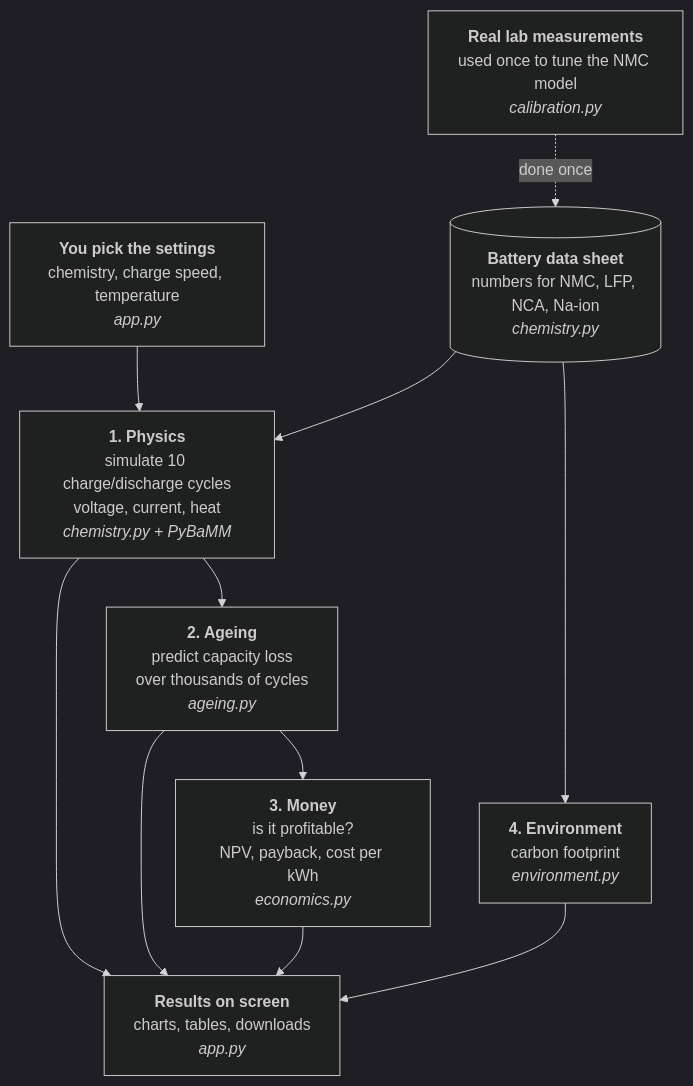
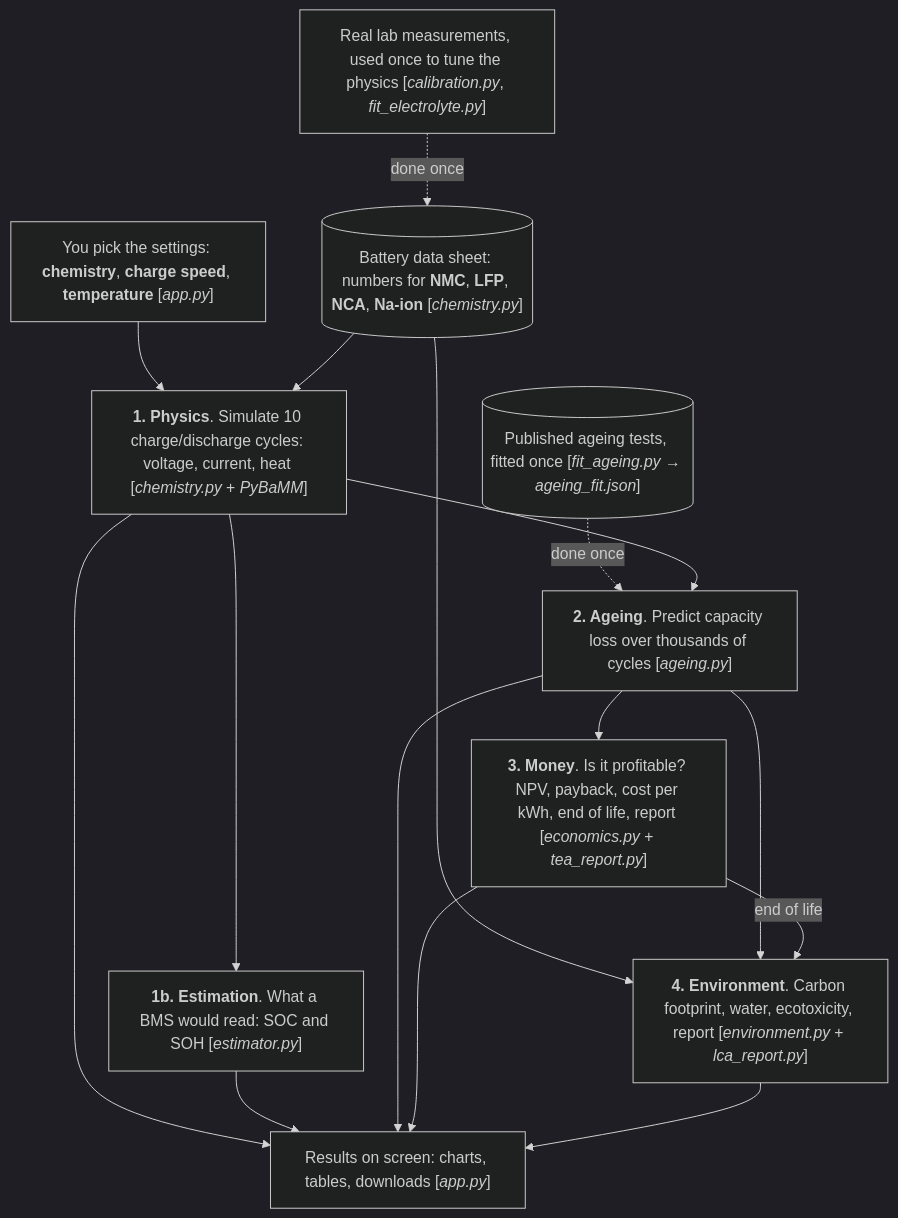
The diagram in docs/architecture.mmd (TheJohn01/DigitalTwinBattery), drawn with Mermaid (dark theme) before and after one commit. The commit also changed 5 other files, not shown here.

First line of the commit message:
README diagrams: add missing steps and figures, fix order

```diff
--- a/docs/architecture.mmd
+++ b/docs/architecture.mmd
@@ -1,21 +1,28 @@
 flowchart TD
-    USER["<b>You pick the settings</b><br/>chemistry, charge speed, temperature<br/><i>app.py</i>"]
-    SHEET[("<b>Battery data sheet</b><br/>numbers for NMC, LFP, NCA, Na-ion<br/><i>chemistry.py</i>")]
-    LAB["<b>Real lab measurements</b><br/>used once to tune the NMC model<br/><i>calibration.py</i>"]
+    USER["You pick the settings: <b>chemistry</b>, <b>charge speed</b>, <b>temperature</b> [<i>app.py</i>]"]
+    SHEET[("Battery data sheet: numbers for <b>NMC</b>, <b>LFP</b>, <b>NCA</b>, <b>Na-ion</b> [<i>chemistry.py</i>]")]
+    LAB["Real lab measurements, used once to tune the physics [<i>calibration.py</i>, <i>fit_electrolyte.py</i>]"]
+    PUB[("Published ageing tests, fitted once [<i>fit_ageing.py</i> → <i>ageing_fit.json</i>]")]
 
-    PHYS["<b>1. Physics</b><br/>simulate 10 charge/discharge cycles<br/>voltage, current, heat<br/><i>chemistry.py + PyBaMM</i>"]
-    AGE["<b>2. Ageing</b><br/>predict capacity loss<br/>over thousands of cycles<br/><i>ageing.py</i>"]
-    MONEY["<b>3. Money</b><br/>is it profitable?<br/>NPV, payback, cost per kWh<br/><i>economics.py</i>"]
-    CO2["<b>4. Environment</b><br/>carbon footprint<br/><i>environment.py</i>"]
-    OUT["<b>Results on screen</b><br/>charts, tables, downloads<br/><i>app.py</i>"]
+    PHYS["<b>1. Physics</b>. Simulate 10 charge/discharge cycles: voltage, current, heat [<i>chemistry.py</i> + <i>PyBaMM</i>]"]
+    EST["<b>1b. Estimation</b>. What a BMS would read: SOC and SOH [<i>estimator.py</i>]"]
+    AGE["<b>2. Ageing</b>. Predict capacity loss over thousands of cycles [<i>ageing.py</i>]"]
+    MONEY["<b>3. Money</b>. Is it profitable? NPV, payback, cost per kWh, end of life, report [<i>economics.py</i> + <i>tea_report.py</i>]"]
+    CO2["<b>4. Environment</b>. Carbon footprint, water, ecotoxicity, report [<i>environment.py</i> + <i>lca_report.py</i>]"]
+    OUT["Results on screen: charts, tables, downloads [<i>app.py</i>]"]
 
     USER --> PHYS
     SHEET --> PHYS
     LAB -. "done once" .-> SHEET
+    PUB -. "done once" .-> AGE
+    PHYS --> EST
     PHYS --> AGE
     AGE --> MONEY
     SHEET --> CO2
+    AGE --> CO2
+    MONEY -- "end of life" --> CO2
     PHYS --> OUT
+    EST --> OUT
     AGE --> OUT
     MONEY --> OUT
     CO2 --> OUT
```
